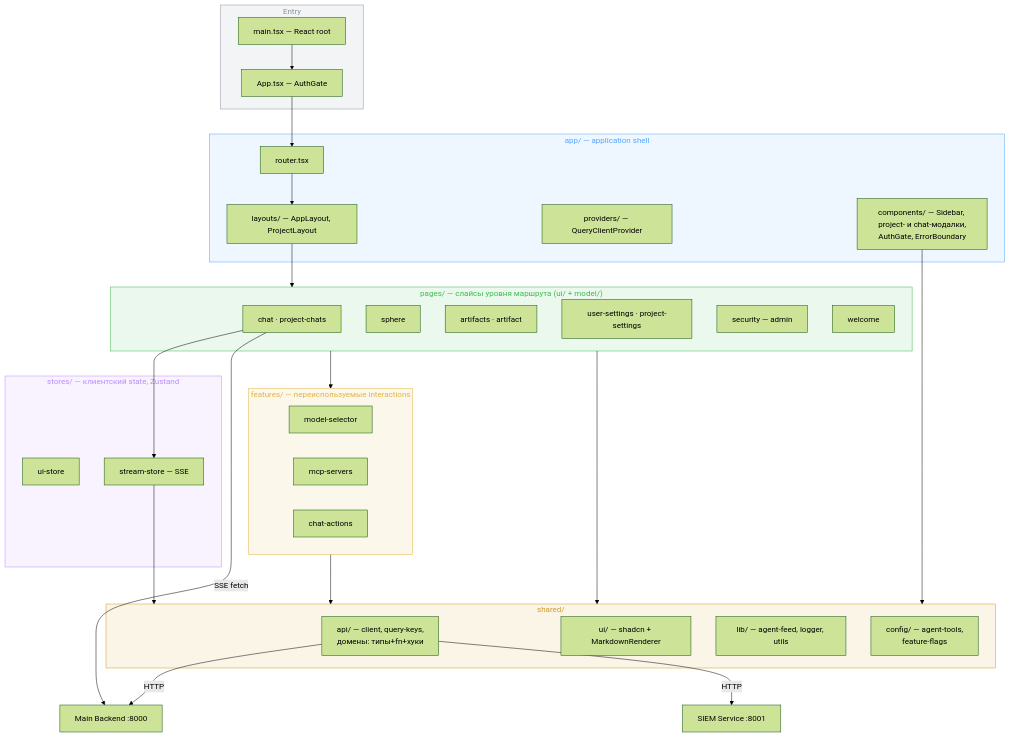
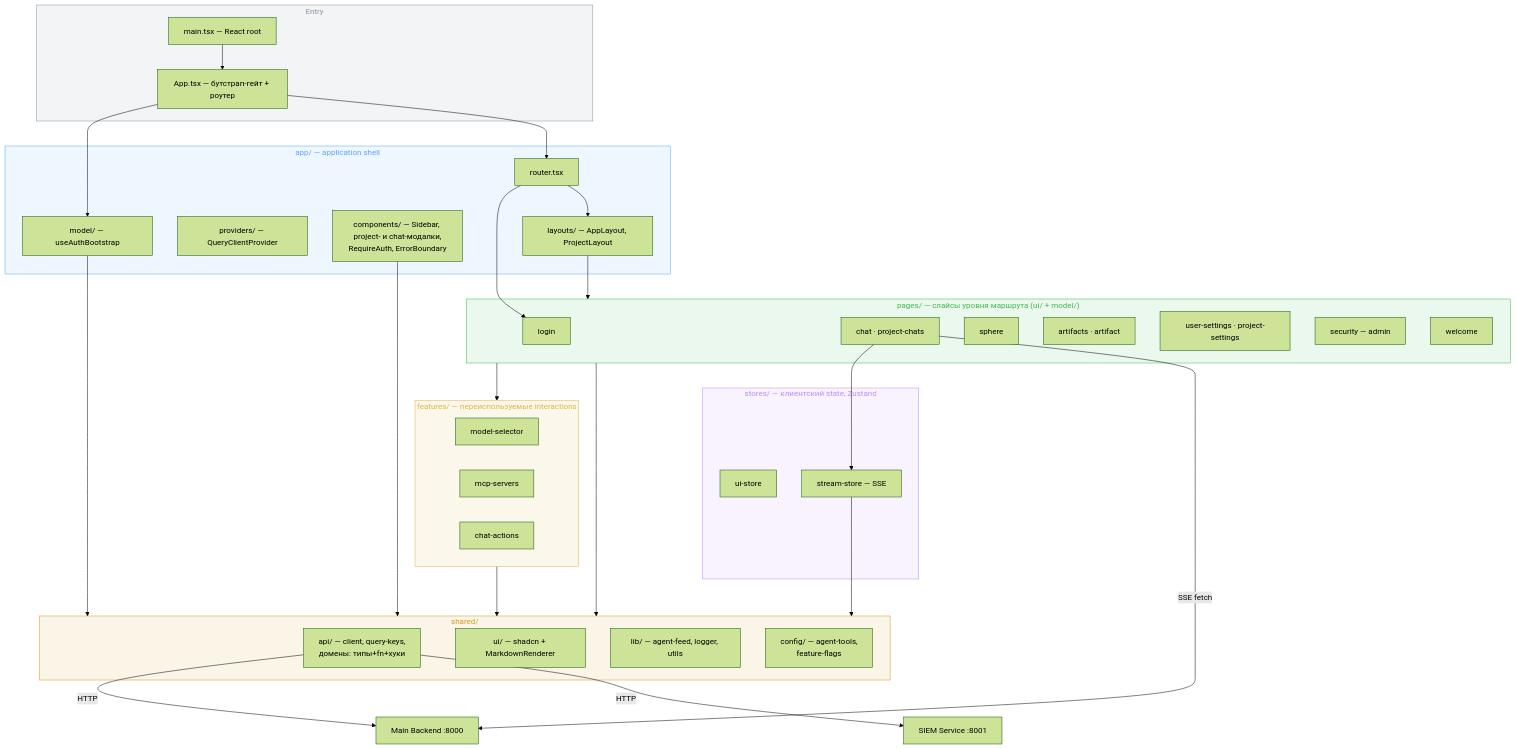
One commit to Bbar0n234/learnflow-ai changed the second of 2 diagrams in doc/tech/frontend.md. Above: the diagram before and after it, drawn with Mermaid (forest theme). The commit also changed other lines of this file and 8 other files, not shown here.

First line of the commit message:
docs: актуализация доки по итогам feat-008 — OAuth-флоу в auth.md, ADR-031 identity model

````diff
--- a/doc/tech/frontend.md
+++ b/doc/tech/frontend.md
@@ -347,65 +353,70 @@
 ```mermaid
 graph TD
     BE["Main Backend :8000"]
     SIEMS["SIEM Service :8001"]
 
     subgraph ENTRY["Entry"]
         MAINX["main.tsx — React root"]
-        APPX["App.tsx — AuthGate"]
+        APPX["App.tsx — бутстрап-гейт + роутер"]
     end
 
     subgraph SHELL["app/ — application shell"]
         ROUTERX["router.tsx"]
         LAY["layouts/ — AppLayout, ProjectLayout"]
         PROVX["providers/ — QueryClientProvider"]
-        ACOMP["components/ — Sidebar, project- и chat-модалки,<br>AuthGate, ErrorBoundary"]
+        ACOMP["components/ — Sidebar, project- и chat-модалки,<br>RequireAuth, ErrorBoundary"]
+        AMODEL["model/ — useAuthBootstrap"]
     end
 
     subgraph PAGESL["pages/ — слайсы уровня маршрута (ui/ + model/)"]
+        LOGINP["login"]
         CHATP["chat · project-chats"]
         SPHP["sphere"]
         ARTP["artifacts · artifact"]
         SETP["user-settings · project-settings"]
         SECP["security — admin"]
         WELP["welcome"]
     end
 
     subgraph FEATSL["features/ — переиспользуемые interactions"]
         MSEL["model-selector"]
         MCPF["mcp-servers"]
         CHACT["chat-actions"]
     end
 
     subgraph CLST["stores/ — клиентский state, Zustand"]
         UIST["ui-store"]
         STST["stream-store — SSE"]
     end
 
     subgraph SHRD["shared/"]
         APIX["api/ — client, query-keys,<br>домены: типы+fn+хуки"]
         UIX["ui/ — shadcn + MarkdownRenderer"]
         LIBX["lib/ — agent-feed, logger, utils"]
         CFGX["config/ — agent-tools,<br>feature-flags"]
     end
 
     MAINX --> APPX
+    APPX --> AMODEL
     APPX --> ROUTERX
+    ROUTERX --> LOGINP
     ROUTERX --> LAY
     LAY --> PAGESL
     PAGESL --> FEATSL
     PAGESL --> SHRD
     FEATSL --> SHRD
     ACOMP --> SHRD
+    AMODEL --> SHRD
     CHATP --> STST
     STST --> SHRD
     APIX -->|HTTP| BE
     APIX -->|HTTP| SIEMS
     CHATP -->|"SSE fetch"| BE
 
     style ENTRY fill:#8b949e1a,stroke:#8b949e,color:#8b949e
     style SHELL fill:#58a6ff1a,stroke:#58a6ff,color:#58a6ff
     style PAGESL fill:#3fb9501a,stroke:#3fb950,color:#3fb950
     style FEATSL fill:#e3b3411a,stroke:#e3b341,color:#e3b341
     style CLST fill:#bc8cff1a,stroke:#bc8cff,color:#bc8cff
     style SHRD fill:#d299221a,stroke:#d29922,color:#d29922
 ```
````
